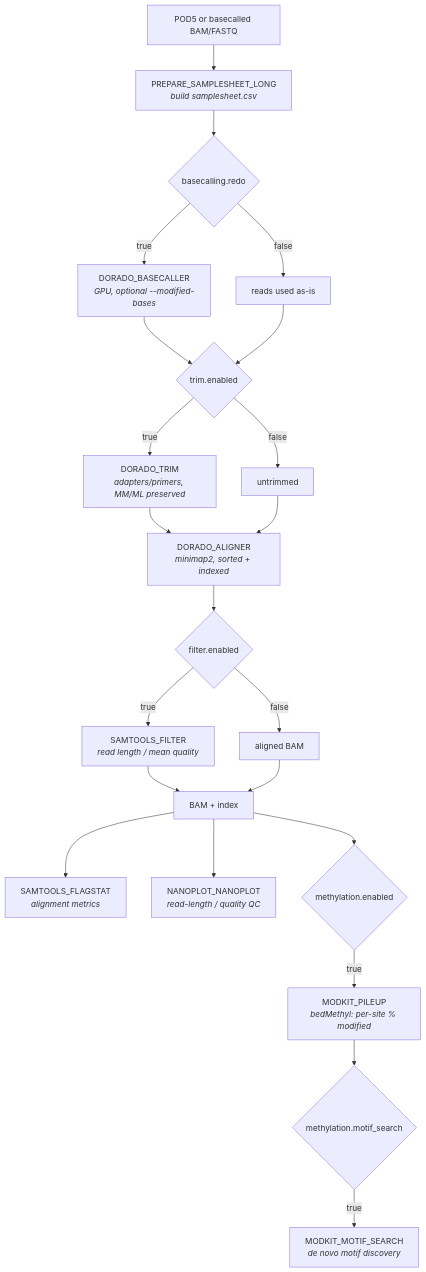
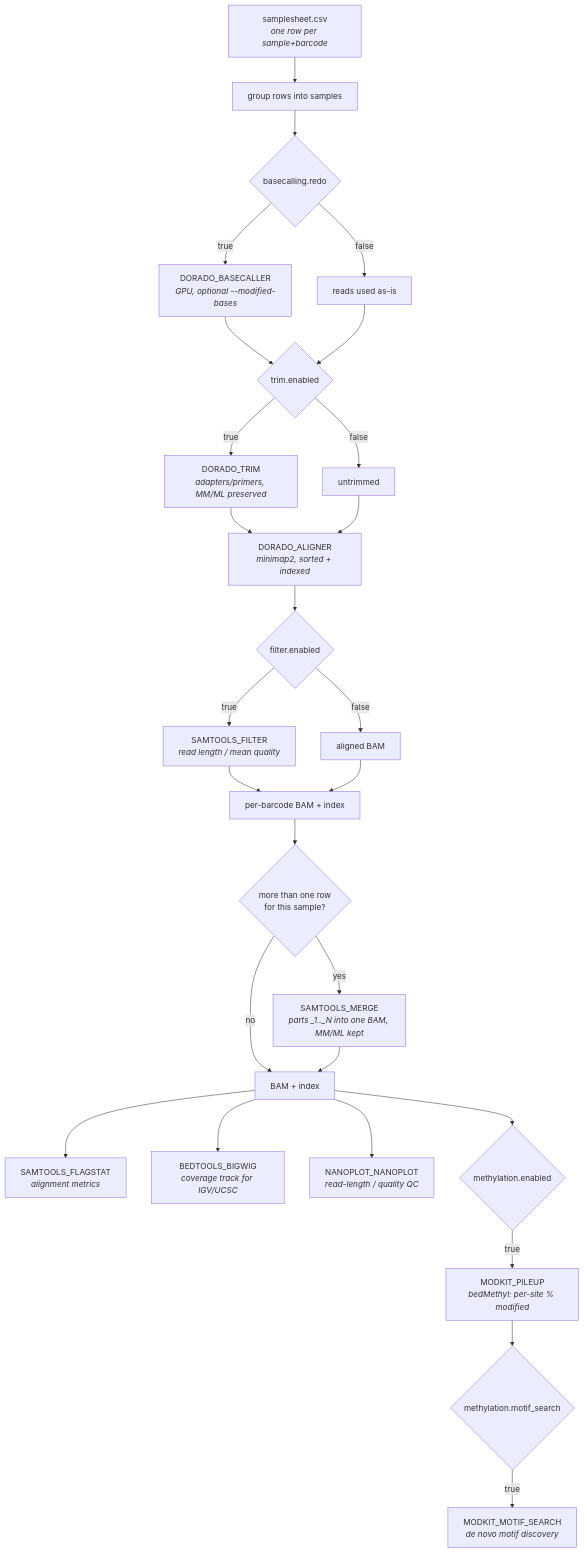
The first of 2 diagrams in README.md (EIT-GBI/nf-dnaseq-ont), drawn with Mermaid before and after one commit. The commit also changed other lines of this file and 20 other files, not shown here.

Commit message:
feat!: samplesheet-only input, barcode merging, bigwig tracks

````diff
--- a/README.md
+++ b/README.md
@@ -13,31 +13,37 @@
 ```mermaid
 flowchart TD
-    A[POD5 or basecalled BAM/FASTQ] --> B[PREPARE_SAMPLESHEET_LONG<br/><i>build samplesheet.csv</i>]
-    B --> C{basecalling.redo}
+    A[samplesheet.csv<br/><i>one row per sample+barcode</i>] --> B2[group rows into samples]
+    B2 --> C{basecalling.redo}
 
     C -->|true| D[DORADO_BASECALLER<br/><i>GPU, optional --modified-bases</i>]
     C -->|false| E[reads used as-is]
 
     D --> F{trim.enabled}
     E --> F
 
     F -->|true| G[DORADO_TRIM<br/><i>adapters/primers, MM/ML preserved</i>]
     F -->|false| H[untrimmed]
 
     G --> I[DORADO_ALIGNER<br/><i>minimap2, sorted + indexed</i>]
     H --> I
 
     I --> J{filter.enabled}
     J -->|true| K[SAMTOOLS_FILTER<br/><i>read length / mean quality</i>]
     J -->|false| L[aligned BAM]
 
-    K --> M[BAM + index]
-    L --> M
+    K --> M1[per-barcode BAM + index]
+    L --> M1
+
+    M1 --> M2{more than one row<br/>for this sample?}
+    M2 -->|yes| M3[SAMTOOLS_MERGE<br/><i>parts _1.._N into one BAM, MM/ML kept</i>]
+    M2 -->|no| M[BAM + index]
+    M3 --> M
 
     M --> N[SAMTOOLS_FLAGSTAT<br/><i>alignment metrics</i>]
+    M --> N2[BEDTOOLS_BIGWIG<br/><i>coverage track for IGV/UCSC</i>]
     M --> O[NANOPLOT_NANOPLOT<br/><i>read-length / quality QC</i>]
     M --> P{methylation.enabled}
     P -->|true| Q[MODKIT_PILEUP<br/><i>bedMethyl: per-site % modified</i>]
     Q --> R{methylation.motif_search}
     R -->|true| S[MODKIT_MOTIF_SEARCH<br/><i>de novo motif discovery</i>]
 ```
````
